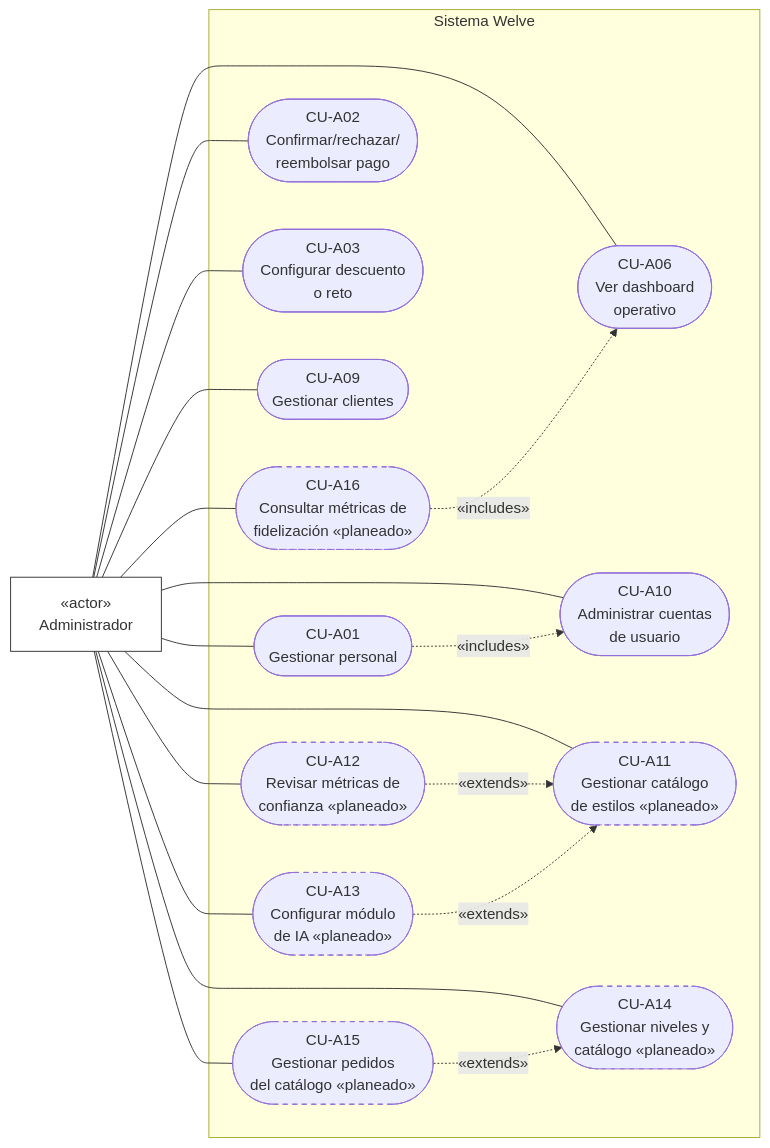
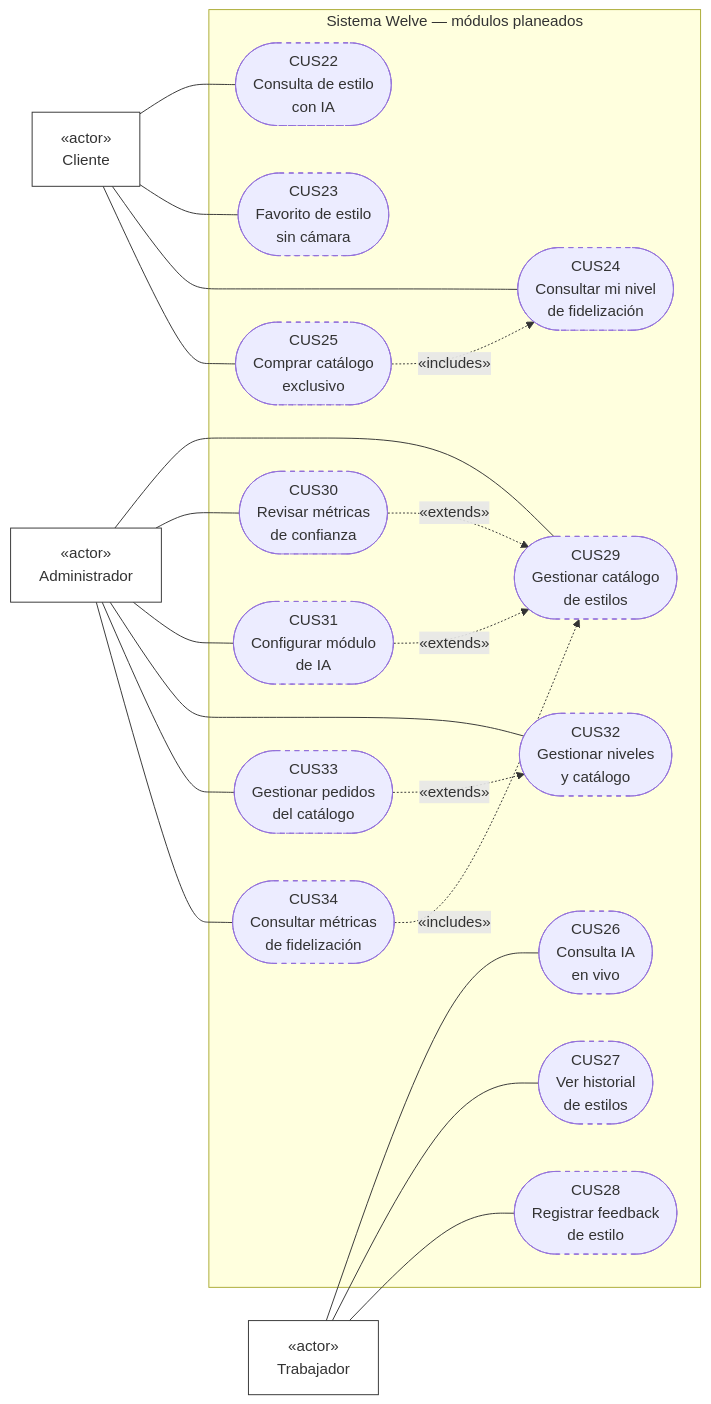
Before and after one commit to Alezzandromv/welve: the fourth of 4 diagrams in docs/tesis/02_CASOS_DE_USO_UML.md, drawn with Mermaid. The commit also changed other lines of this file and 12 other files, not shown here.

````diff
--- a/docs/tesis/02_CASOS_DE_USO_UML.md
+++ b/docs/tesis/02_CASOS_DE_USO_UML.md
@@ -124,44 +446,47 @@
 ```mermaid
 flowchart LR
-    Admin["«actor»<br/>Administrador"]
+    Cliente2["«actor»<br/>Cliente"]
+    Trabajador2["«actor»<br/>Trabajador"]
+    Admin2["«actor»<br/>Administrador"]
 
-    subgraph SistemaA["Sistema Welve"]
-        CUA01(["CU-A01<br/>Gestionar personal"])
-        CUA02(["CU-A02<br/>Confirmar/rechazar/<br/>reembolsar pago"])
-        CUA03(["CU-A03<br/>Configurar descuento<br/>o reto"])
-        CUA06(["CU-A06<br/>Ver dashboard<br/>operativo"])
-        CUA09(["CU-A09<br/>Gestionar clientes"])
-        CUA10(["CU-A10<br/>Administrar cuentas<br/>de usuario"])
-        CUA11(["CU-A11<br/>Gestionar catálogo<br/>de estilos «planeado»"])
-        CUA12(["CU-A12<br/>Revisar métricas de<br/>confianza «planeado»"])
-        CUA13(["CU-A13<br/>Configurar módulo<br/>de IA «planeado»"])
-        CUA14(["CU-A14<br/>Gestionar niveles y<br/>catálogo «planeado»"])
-        CUA15(["CU-A15<br/>Gestionar pedidos<br/>del catálogo «planeado»"])
-        CUA16(["CU-A16<br/>Consultar métricas de<br/>fidelización «planeado»"])
+    subgraph SistemaP["Sistema Welve — módulos planeados"]
+        CUS22(["CUS22<br/>Consulta de estilo<br/>con IA"])
+        CUS23(["CUS23<br/>Favorito de estilo<br/>sin cámara"])
+        CUS24(["CUS24<br/>Consultar mi nivel<br/>de fidelización"])
+        CUS25(["CUS25<br/>Comprar catálogo<br/>exclusivo"])
+        CUS26(["CUS26<br/>Consulta IA<br/>en vivo"])
+        CUS27(["CUS27<br/>Ver historial<br/>de estilos"])
+        CUS28(["CUS28<br/>Registrar feedback<br/>de estilo"])
+        CUS29(["CUS29<br/>Gestionar catálogo<br/>de estilos"])
+        CUS30(["CUS30<br/>Revisar métricas<br/>de confianza"])
+        CUS31(["CUS31<br/>Configurar módulo<br/>de IA"])
+        CUS32(["CUS32<br/>Gestionar niveles<br/>y catálogo"])
+        CUS33(["CUS33<br/>Gestionar pedidos<br/>del catálogo"])
+        CUS34(["CUS34<br/>Consultar métricas<br/>de fidelización"])
     end
 
-    Admin --- CUA01
-    Admin --- CUA02
-    Admin --- CUA03
-    Admin --- CUA06
-    Admin --- CUA09
-    Admin --- CUA10
-    Admin --- CUA11
-    Admin --- CUA12
-    Admin --- CUA13
-    Admin --- CUA14
-    Admin --- CUA15
-    Admin --- CUA16
+    Cliente2 --- CUS22
+    Cliente2 --- CUS23
+    Cliente2 --- CUS24
+    Cliente2 --- CUS25
+    Trabajador2 --- CUS26
+    Trabajador2 --- CUS27
+    Trabajador2 --- CUS28
+    Admin2 --- CUS29
+    Admin2 --- CUS30
+    Admin2 --- CUS31
+    Admin2 --- CUS32
+    Admin2 --- CUS33
+    Admin2 --- CUS34
 
-    CUA01 -. "«includes»" .-> CUA10
-    CUA15 -. "«extends»" .-> CUA14
-    CUA12 -. "«extends»" .-> CUA11
-    CUA13 -. "«extends»" .-> CUA11
-    CUA16 -. "«includes»" .-> CUA06
+    CUS25 -. "«includes»" .-> CUS24
+    CUS30 -. "«extends»" .-> CUS29
+    CUS31 -. "«extends»" .-> CUS29
+    CUS33 -. "«extends»" .-> CUS32
+    CUS34 -. "«includes»" .-> CUS29
 
     classDef actor fill:#fff,stroke:#333,stroke-width:1px
-    class Admin actor
-
     classDef planeado stroke-dasharray: 5 5
-    class CUA11,CUA12,CUA13,CUA14,CUA15,CUA16 planeado
+    class Cliente2,Trabajador2,Admin2 actor
+    class CUS22,CUS23,CUS24,CUS25,CUS26,CUS27,CUS28,CUS29,CUS30,CUS31,CUS32,CUS33,CUS34 planeado
 ```
````
